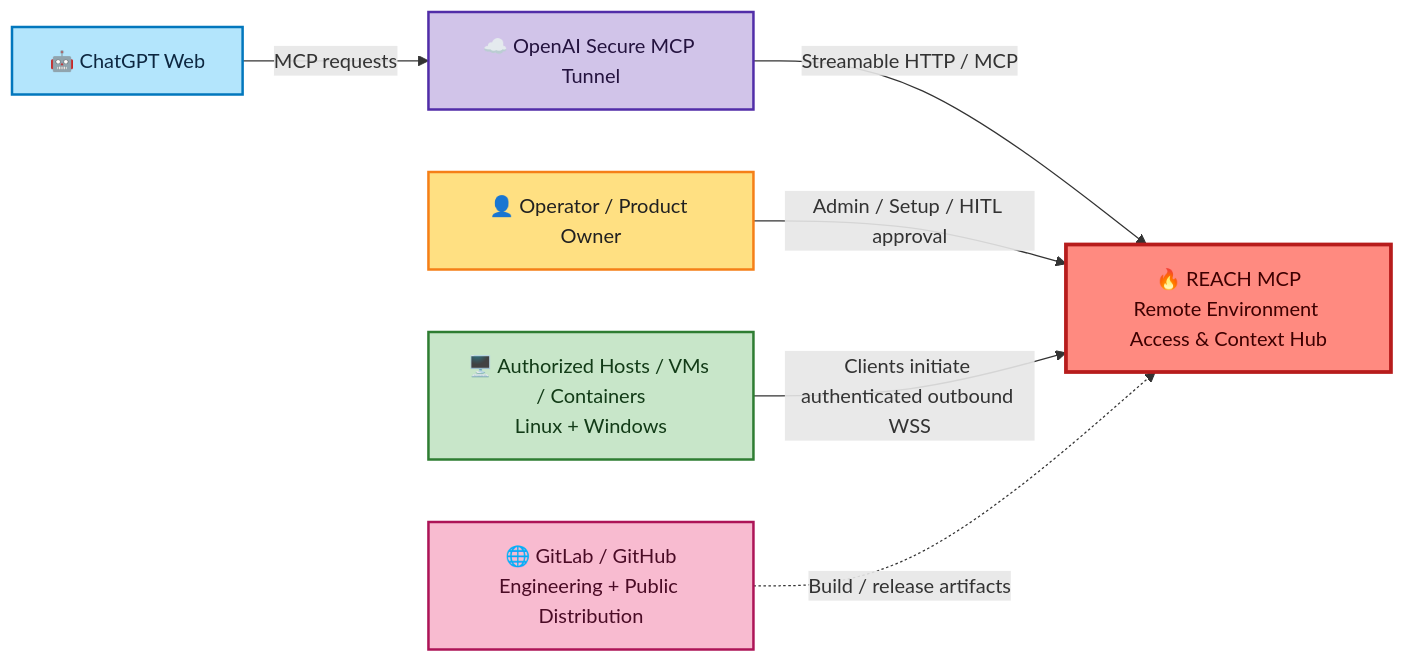
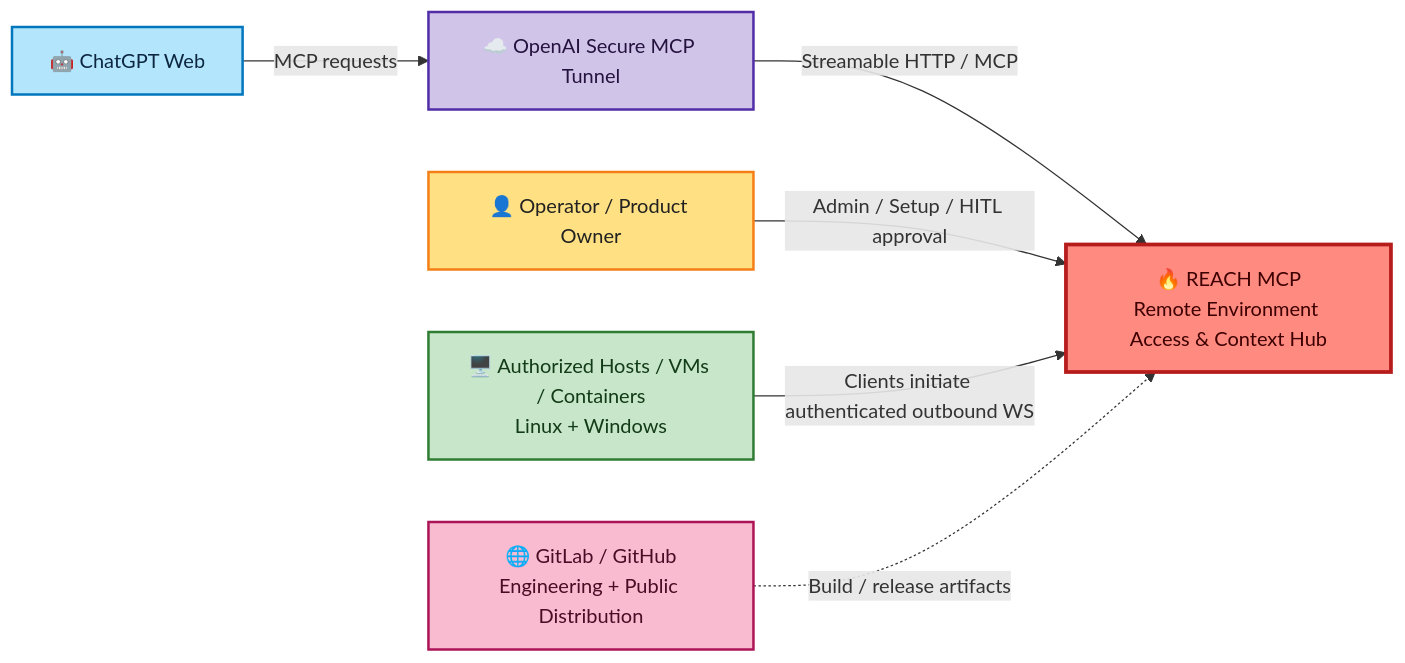
The first of 9 diagrams in docs/architecture.md (apinheiro99/reach-mcp), drawn with Mermaid before and after one commit. The commit also changed other lines of this file and 13 other files, not shown here.

````diff
--- a/docs/architecture.md
+++ b/docs/architecture.md
@@ -148,29 +148,29 @@
 ```mermaid
 flowchart LR
     U["👤 Operator / Product Owner"]
     GPT["🤖 ChatGPT Web"]
     OAI["☁️ OpenAI Secure MCP Tunnel"]
     REACH["🔥 REACH MCP\nRemote Environment Access & Context Hub"]
     HOSTS["🖥️ Authorized Hosts / VMs / Containers\nLinux + Windows"]
     GIT["🌐 GitLab / GitHub\nEngineering + Public Distribution"]
 
     GPT -->|"MCP requests"| OAI
     OAI -->|"Streamable HTTP / MCP"| REACH
     U -->|"Admin / Setup / HITL approval"| REACH
-    HOSTS -->|"Clients initiate authenticated outbound WSS"| REACH
+    HOSTS -->|"Clients initiate authenticated outbound WS"| REACH
     GIT -.->|"Build / release artifacts"| REACH
 
     classDef human fill:#ffe082,stroke:#f57f17,color:#212121,stroke-width:2px;
     classDef ai fill:#b3e5fc,stroke:#0277bd,color:#0d2740,stroke-width:2px;
     classDef core fill:#ff8a80,stroke:#b71c1c,color:#3d0000,stroke-width:3px;
     classDef infra fill:#d1c4e9,stroke:#512da8,color:#24133f,stroke-width:2px;
     classDef host fill:#c8e6c9,stroke:#2e7d32,color:#123b17,stroke-width:2px;
     classDef repo fill:#f8bbd0,stroke:#ad1457,color:#4a0b25,stroke-width:2px;
 
     class U human;
     class GPT ai;
     class OAI infra;
     class REACH core;
     class HOSTS host;
     class GIT repo;
 ```
````
